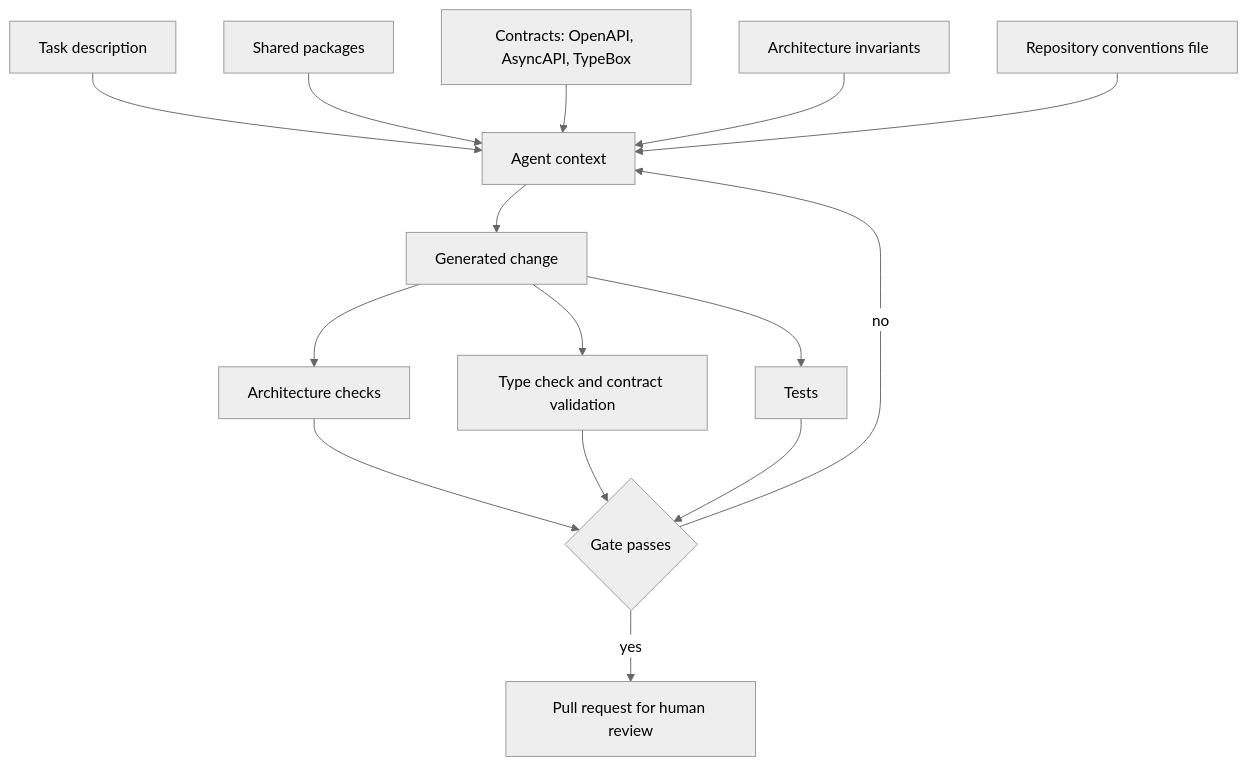
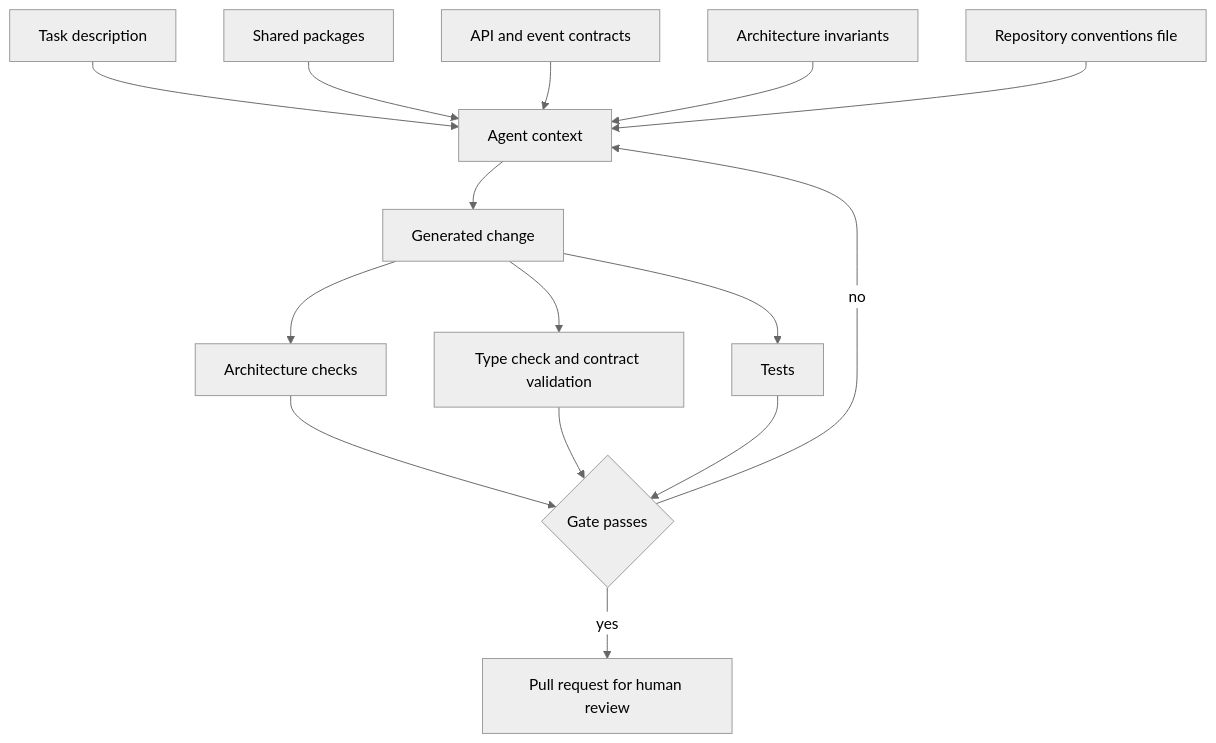
Before and after one commit to monad-systems/monad.hu: the first of 2 diagrams in posts/en/building-blocks-ai-native-development.md, drawn with Mermaid (neutral theme). The commit also changed other lines of this file and 1 other file, not shown here.

````diff
--- a/posts/en/building-blocks-ai-native-development.md
+++ b/posts/en/building-blocks-ai-native-development.md
@@ -98,17 +98,17 @@
 ```mermaid
 flowchart TD
     A[Task description] --> Z[Agent context]
     B[Shared packages] --> Z
-    C[Contracts: OpenAPI, AsyncAPI, TypeBox] --> Z
+    C[API and event contracts] --> Z
     D[Architecture invariants] --> Z
     E[Repository conventions file] --> Z
     Z --> F[Generated change]
     F --> G[Architecture checks]
     F --> H[Type check and contract validation]
     F --> I[Tests]
     G --> J{Gate passes}
     H --> J
     I --> J
     J -->|no| Z
     J -->|yes| K[Pull request for human review]
 ```
````
